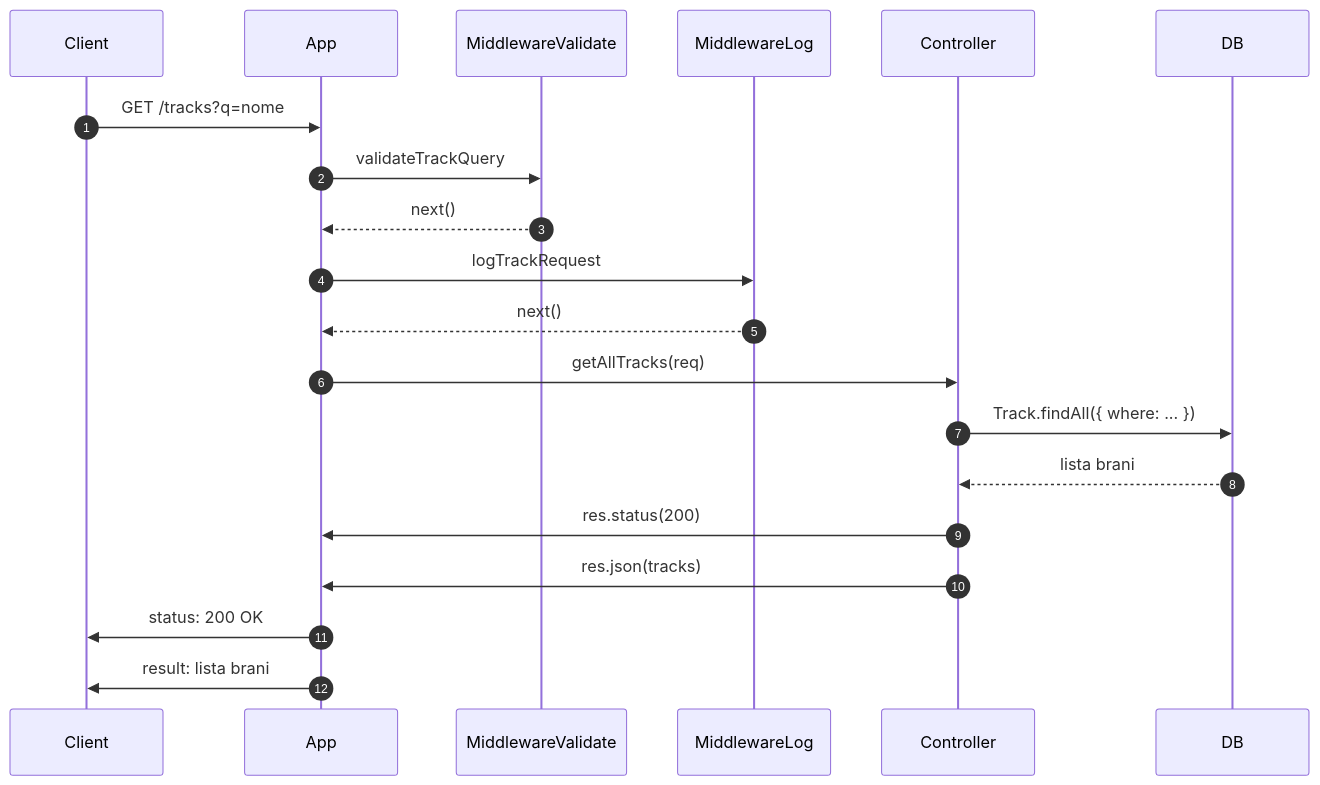
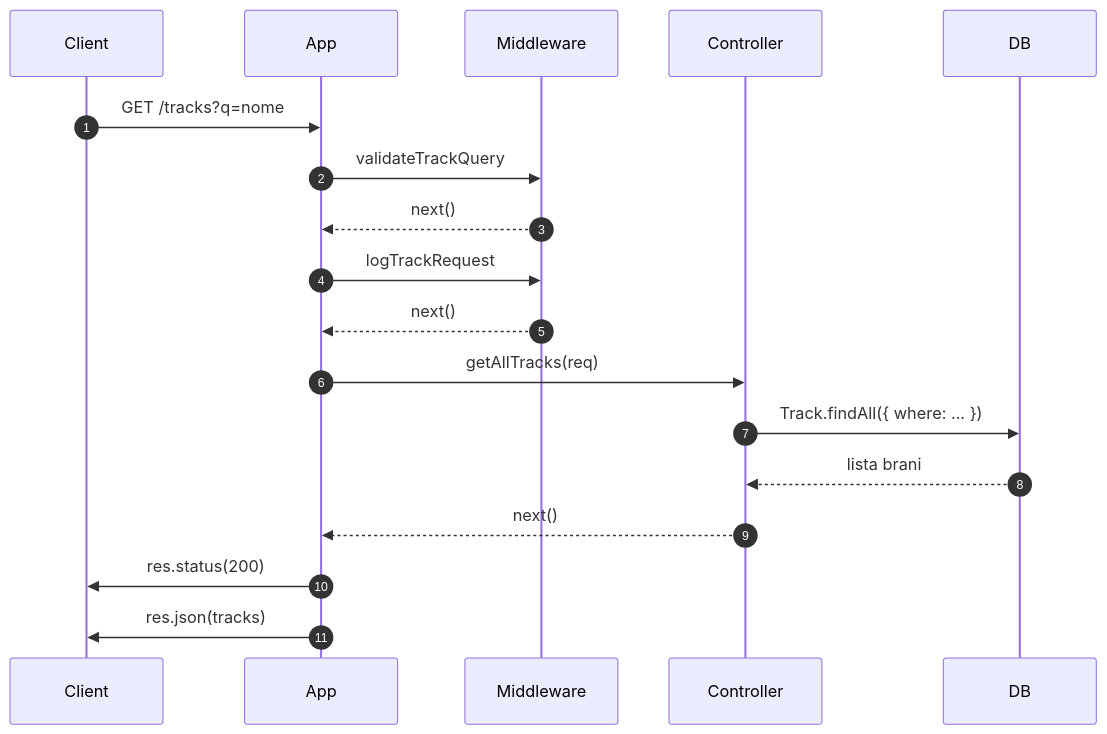
The fourth of 9 diagrams in README.md (Daniel-Diocis/VoidTracksWeb), drawn with Mermaid before and after one commit. The commit also changed other lines of this file, not shown here.

````diff
--- a/README.md
+++ b/README.md
@@ -370,23 +384,24 @@
 ```mermaid
 sequenceDiagram
   autonumber
   participant Client
   participant App
-  participant MiddlewareValidate
-  participant MiddlewareLog
+  participant Middleware
   participant Controller
   participant DB
 
   Client->>App: GET /tracks?q=nome
-  App->>MiddlewareValidate: validateTrackQuery
-  MiddlewareValidate-->>App: next()
-  App->>MiddlewareLog: logTrackRequest
-  MiddlewareLog-->>App: next()
+  App->>Middleware: validateTrackQuery
+  Middleware-->>App: next()
+
+  App->>Middleware: logTrackRequest
+  Middleware-->>App: next()
+
   App->>Controller: getAllTracks(req)
   Controller->>DB: Track.findAll({ where: ... })
   DB-->>Controller: lista brani
-  Controller->>App: res.status(200)
-  Controller->>App: res.json(tracks)
-  App->>Client: status: 200 OK
-  App->>Client: result: lista brani
+  Controller-->>App: next()
+
+  App->>Client: res.status(200)
+  App->>Client: res.json(tracks)
 ```
````
